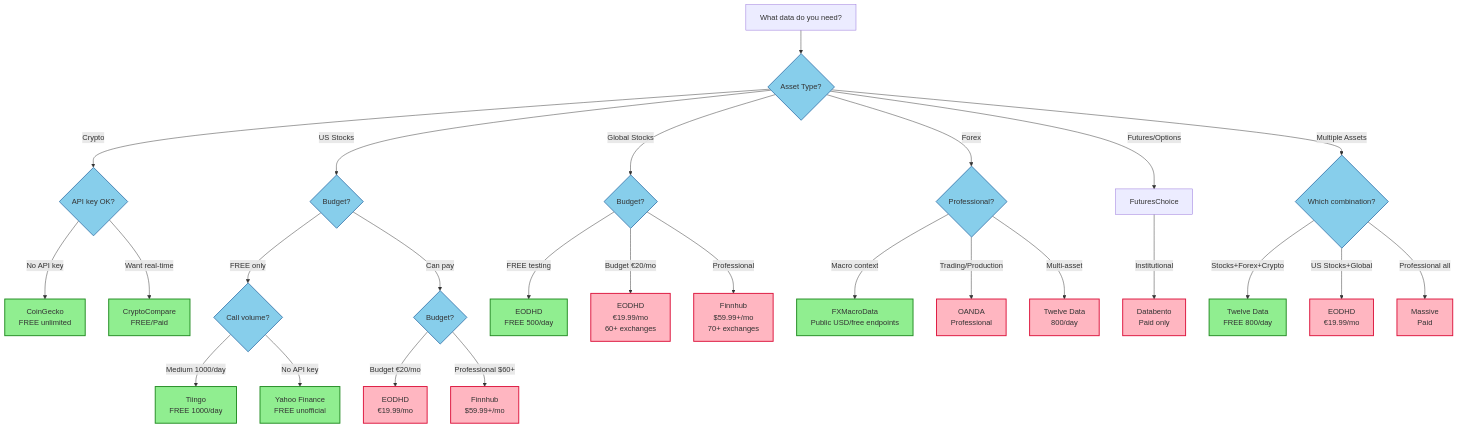
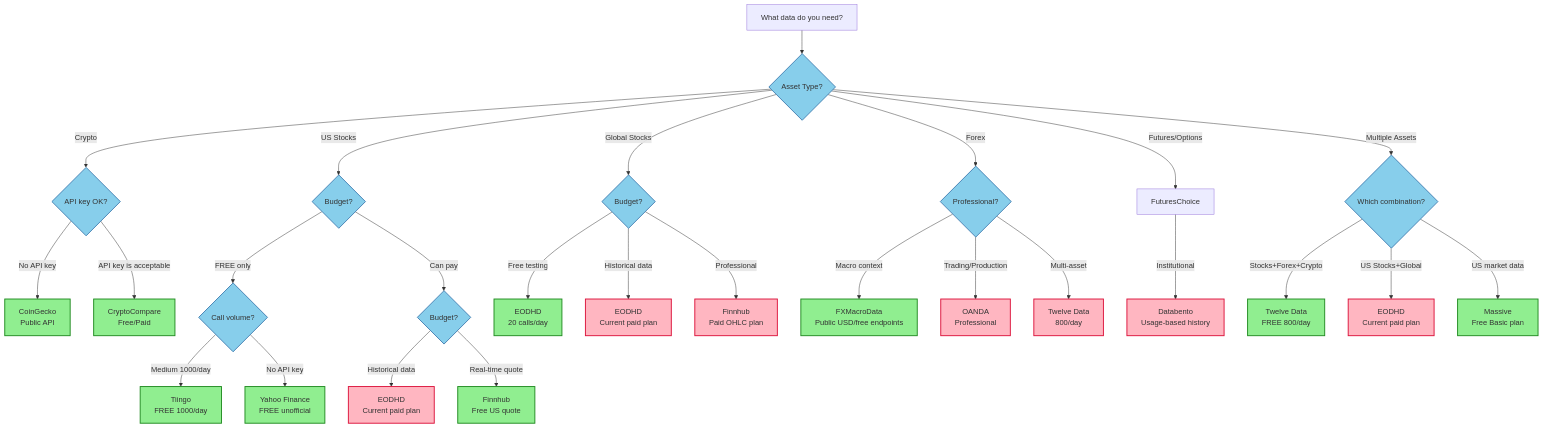
One commit to ml4t/data changed the diagram in docs/getting-started/provider-selection.md. Above: the diagram before and after it, drawn with Mermaid. The commit also changed other lines of this file and 314 other files, not shown here.

````diff
--- a/docs/getting-started/provider-selection.md
+++ b/docs/getting-started/provider-selection.md
@@ -7,52 +7,52 @@
 ```mermaid
 flowchart TD
     Start[What data do you need?] --> AssetType{Asset Type?}
 
     AssetType -->|Crypto| CryptoChoice{API key OK?}
     AssetType -->|US Stocks| USChoice{Budget?}
     AssetType -->|Global Stocks| GlobalChoice{Budget?}
     AssetType -->|Forex| ForexChoice{Professional?}
     AssetType -->|Futures/Options| FuturesChoice
     AssetType -->|Multiple Assets| MultiChoice{Which combination?}
 
     %% Crypto Path
-    CryptoChoice -->|No API key| CoinGecko[CoinGecko<br/>FREE unlimited]
-    CryptoChoice -->|Want real-time| CryptoCompare[CryptoCompare<br/>FREE/Paid]
+    CryptoChoice -->|No API key| CoinGecko[CoinGecko<br/>Public API]
+    CryptoChoice -->|API key is acceptable| CryptoCompare[CryptoCompare<br/>Free/Paid]
 
     %% US Stocks Path
     USChoice -->|FREE only| USFree{Call volume?}
     USChoice -->|Can pay| USPaid{Budget?}
 
     USFree -->|Medium 1000/day| Tiingo[Tiingo<br/>FREE 1000/day]
     USFree -->|No API key| Yahoo[Yahoo Finance<br/>FREE unofficial]
 
-    USPaid -->|Budget €20/mo| EODHD[EODHD<br/>€19.99/mo]
-    USPaid -->|Professional $60+| Finnhub[Finnhub<br/>$59.99+/mo]
+    USPaid -->|Historical data| EODHD[EODHD<br/>Current paid plan]
+    USPaid -->|Real-time quote| Finnhub[Finnhub<br/>Free US quote]
 
     %% Global Stocks Path
-    GlobalChoice -->|FREE testing| EODHDFree[EODHD<br/>FREE 500/day]
-    GlobalChoice -->|Budget €20/mo| EODHDPaid[EODHD<br/>€19.99/mo<br/>60+ exchanges]
-    GlobalChoice -->|Professional| FinnhubGlobal[Finnhub<br/>$59.99+/mo<br/>70+ exchanges]
+    GlobalChoice -->|Free testing| EODHDFree[EODHD<br/>20 calls/day]
+    GlobalChoice -->|Historical data| EODHDPaid[EODHD<br/>Current paid plan]
+    GlobalChoice -->|Professional| FinnhubGlobal[Finnhub<br/>Paid OHLC plan]
 
     %% Forex Path
     ForexChoice -->|Macro context| FXMacroData[FXMacroData<br/>Public USD/free endpoints]
     ForexChoice -->|Trading/Production| OANDA[OANDA<br/>Professional]
     ForexChoice -->|Multi-asset| TwelveDataForex[Twelve Data<br/>800/day]
 
     %% Futures Path
-    FuturesChoice -->|Institutional| Databento[Databento<br/>Paid only]
+    FuturesChoice -->|Institutional| Databento[Databento<br/>Usage-based history]
 
     %% Multi-Asset Path
     MultiChoice -->|Stocks+Forex+Crypto| TwelveData[Twelve Data<br/>FREE 800/day]
-    MultiChoice -->|US Stocks+Global| EODHDMulti[EODHD<br/>€19.99/mo]
-    MultiChoice -->|Professional all| MassiveMulti[Massive<br/>Paid]
+    MultiChoice -->|US Stocks+Global| EODHDMulti[EODHD<br/>Current paid plan]
+    MultiChoice -->|US market data| MassiveMulti[Massive<br/>Free Basic plan]
 
     %% Style definitions
     classDef freeProvider fill:#90EE90,stroke:#228B22,stroke-width:2px
     classDef paidProvider fill:#FFB6C1,stroke:#DC143C,stroke-width:2px
     classDef decision fill:#87CEEB,stroke:#4682B4,stroke-width:2px
 
-    class CoinGecko,Tiingo,Yahoo,EODHDFree,TwelveData,CryptoCompare,FXMacroData freeProvider
-    class EODHD,Finnhub,EODHDPaid,FinnhubGlobal,OANDA,Databento,TwelveDataForex,EODHDMulti,MassiveMulti paidProvider
+    class CoinGecko,Tiingo,Yahoo,EODHDFree,TwelveData,CryptoCompare,FXMacroData,Finnhub,MassiveMulti freeProvider
+    class EODHD,EODHDPaid,FinnhubGlobal,OANDA,Databento,TwelveDataForex,EODHDMulti paidProvider
     class AssetType,CryptoChoice,USChoice,GlobalChoice,ForexChoice,USFree,USPaid,GlobalChoice,ForexChoice,MultiChoice decision
 ```
````
